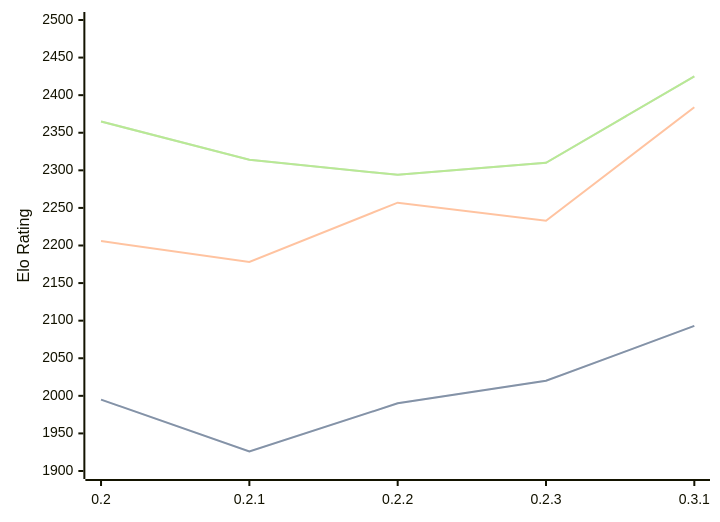
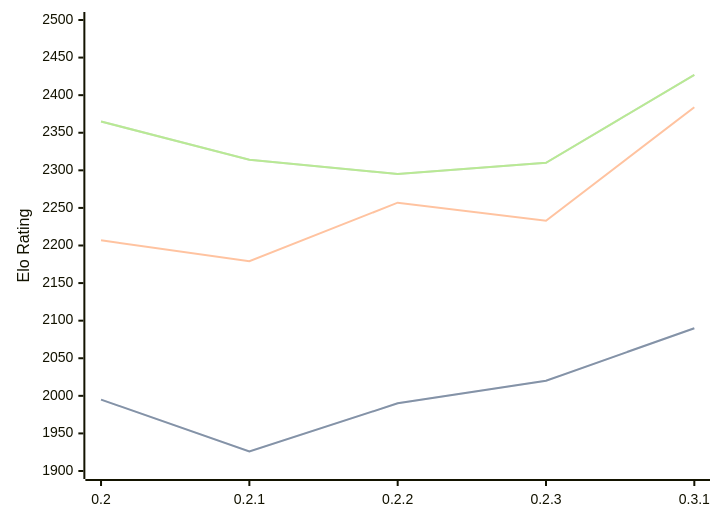
The diagram in engines/Lolbot.md (computer-chess-index/cci), drawn with Mermaid before and after one commit. The commit also changed other lines of this file, not shown here.

Commit message:
Update CCI Ratings (ELO VLTC) - 2026-05-21

````diff
--- a/engines/Lolbot.md
+++ b/engines/Lolbot.md
@@ -36,11 +36,11 @@
 ```mermaid
 %%{init: {"theme":"base","themeVariables":{"seriesColors:['#a3a3a3','#222221','#faa371']}}}%%
 xychart-beta
   x-axis ["0.2", "0.2.1", "0.2.2", "0.2.3", "0.3.1"]
   y-axis "Elo Rating" 1900 --> 2500
-  line "STC (8.0+0.08s)" [1995, 1926, 1990, 2020, 2093]
-  line "STC (8.0+0.08s)" [1995, 1926, 1990, 2020, 2093]
-  line "LTC (60.0+0.60s)" [2206, 2178, 2257, 2233, 2384]
-  line "VLTC (2m24s+1.12s)" [2365, 2314, 2294, 2310, 2425]
-  line "VLTC (2m24s+1.12s)" [2365, 2314, 2294, 2310, 2425]
+  line "STC (8.0+0.08s)" [1995, 1926, 1990, 2020, 2090]
+  line "STC (8.0+0.08s)" [1995, 1926, 1990, 2020, 2090]
+  line "LTC (60.0+0.60s)" [2207, 2179, 2257, 2233, 2384]
+  line "VLTC (2m24s+1.12s)" [2365, 2314, 2295, 2310, 2427]
+  line "VLTC (2m24s+1.12s)" [2365, 2314, 2295, 2310, 2427]
 ```
````
